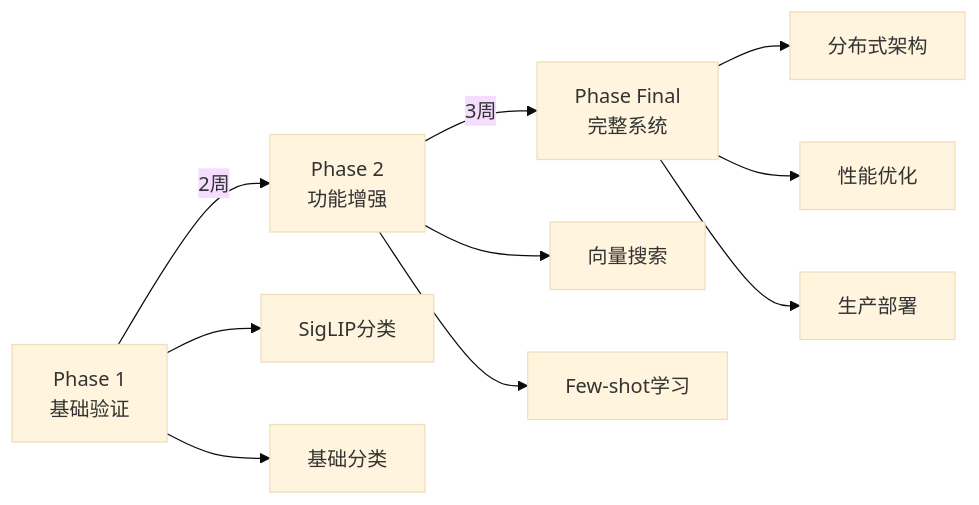
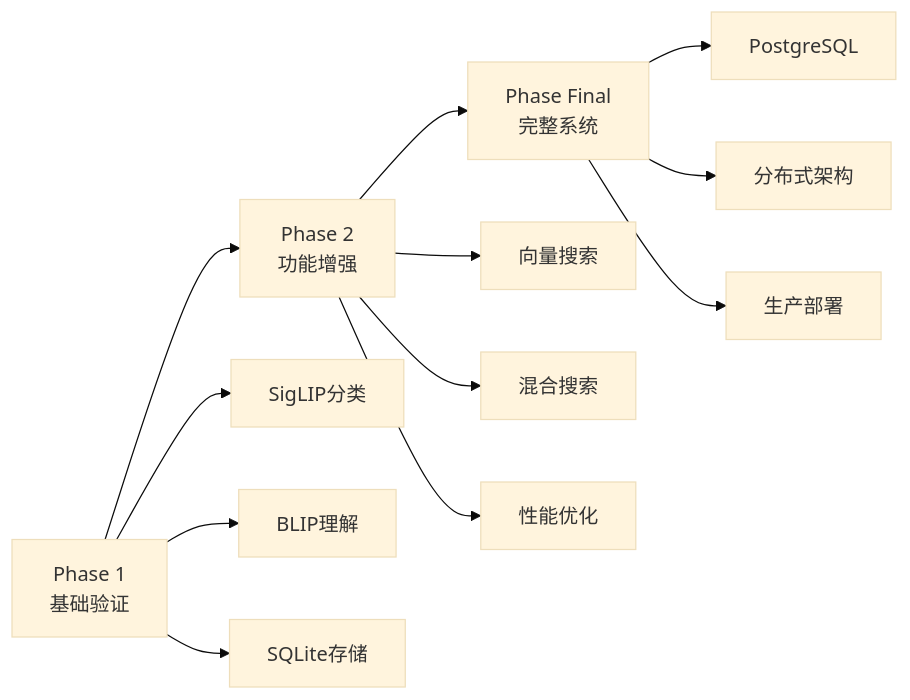
Before and after one commit to jasl/vibe_photos_v3: the diagram in blueprints/README.md, drawn with Mermaid (base theme). The commit also changed other lines of this file and 6 other files, not shown here.

````diff
--- a/blueprints/README.md
+++ b/blueprints/README.md
@@ -52,15 +50,17 @@
 ```mermaid
 graph LR
-    A[Phase 1<br/>基础验证] -->|2周| B[Phase 2<br/>功能增强]
-    B -->|3周| C[Phase Final<br/>完整系统]
+    A[Phase 1<br/>基础验证] --> B[Phase 2<br/>功能增强]
+    B --> C[Phase Final<br/>完整系统]
     
     A --> A1[SigLIP分类]
-    A --> A2[基础分类]
+    A --> A2[BLIP理解]
+    A --> A3[SQLite存储]
     
     B --> B1[向量搜索]
-    B --> B2[Few-shot学习]
+    B --> B2[混合搜索]
+    B --> B3[性能优化]
     
-    C --> C1[分布式架构]
-    C --> C2[性能优化]
+    C --> C1[PostgreSQL]
+    C --> C2[分布式架构]
     C --> C3[生产部署]
 ```
````
